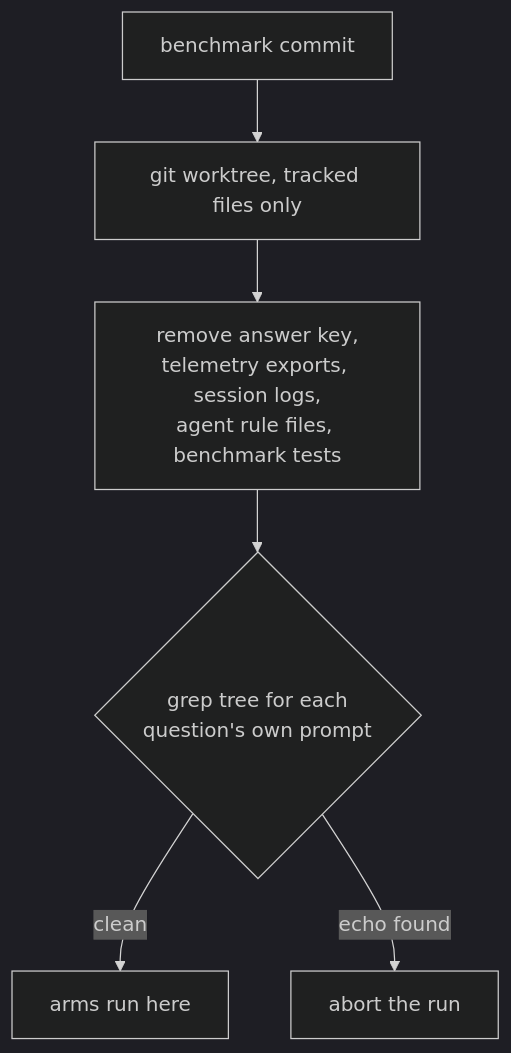
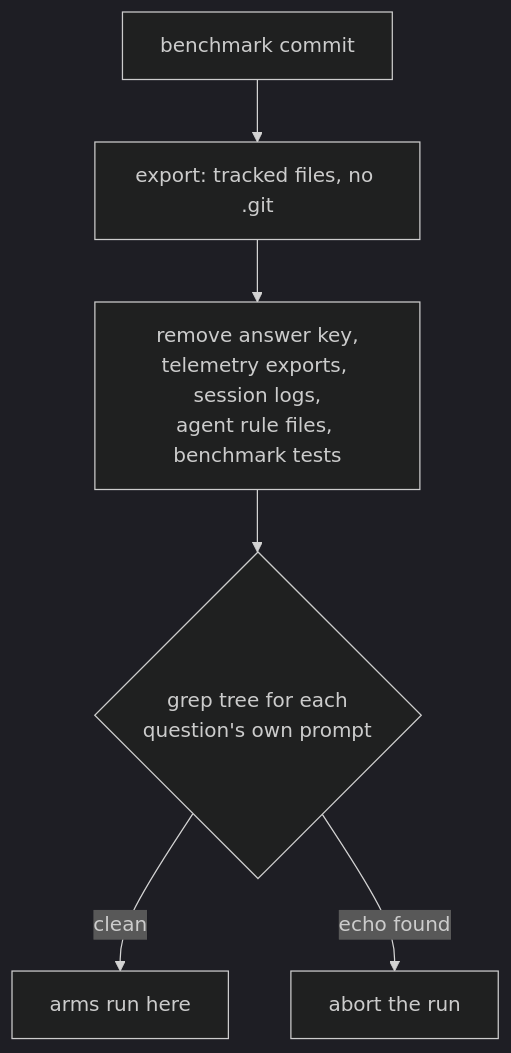
The diagram in docs-content/_tiers/measurement/kgbench.deep.md (fwornle/coding), drawn with Mermaid (dark theme) before and after one commit. The commit also changed other lines of this file and 9 other files, not shown here.

First line of the commit message:
fix(kgbench): the run tree is an export with no .git; a prompt fixture is excluded

````diff
--- a/docs-content/_tiers/measurement/kgbench.deep.md
+++ b/docs-content/_tiers/measurement/kgbench.deep.md
@@ -87,8 +87,8 @@
 ```mermaid
 graph TD
-    A[benchmark commit] --> B[git worktree, tracked files only]
+    A[benchmark commit] --> B[export: tracked files, no .git]
     B --> C[remove answer key,<br/>telemetry exports, session logs,<br/>agent rule files, benchmark tests]
     C --> D{grep tree for each<br/>question's own prompt}
     D -->|clean| E[arms run here]
     D -->|echo found| F[abort the run]
 ```
````
